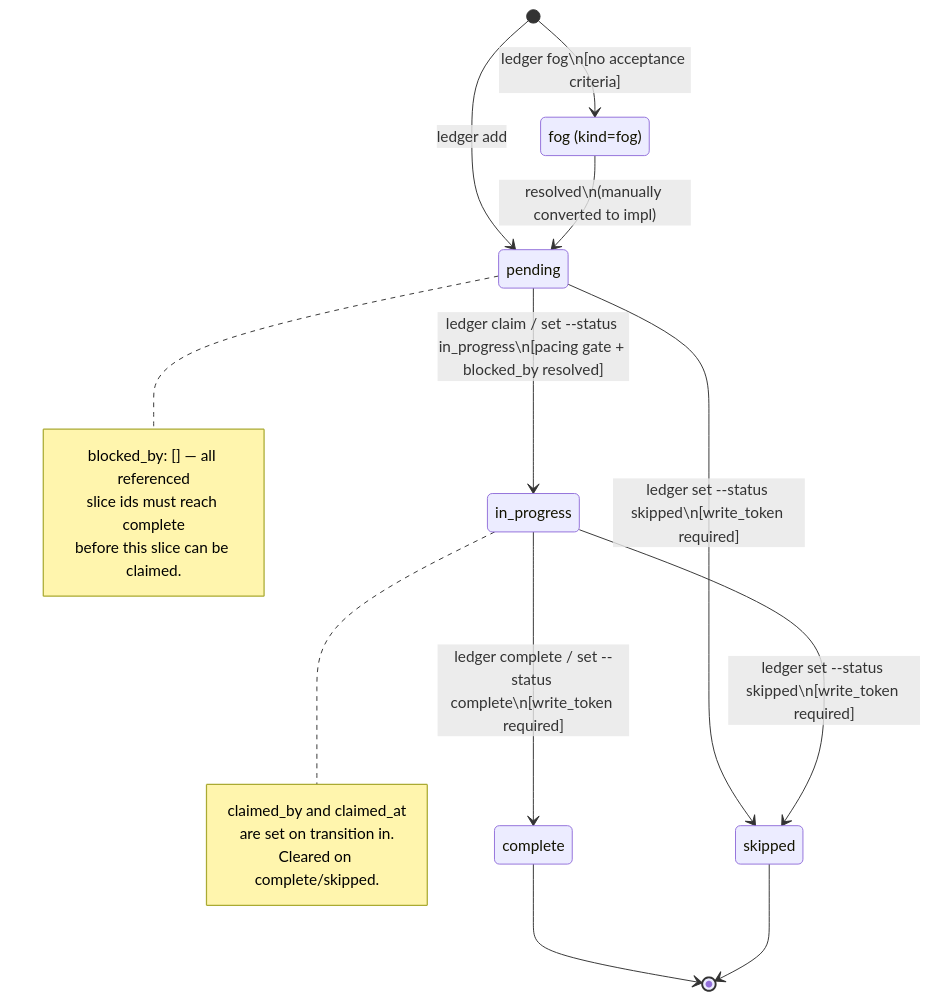
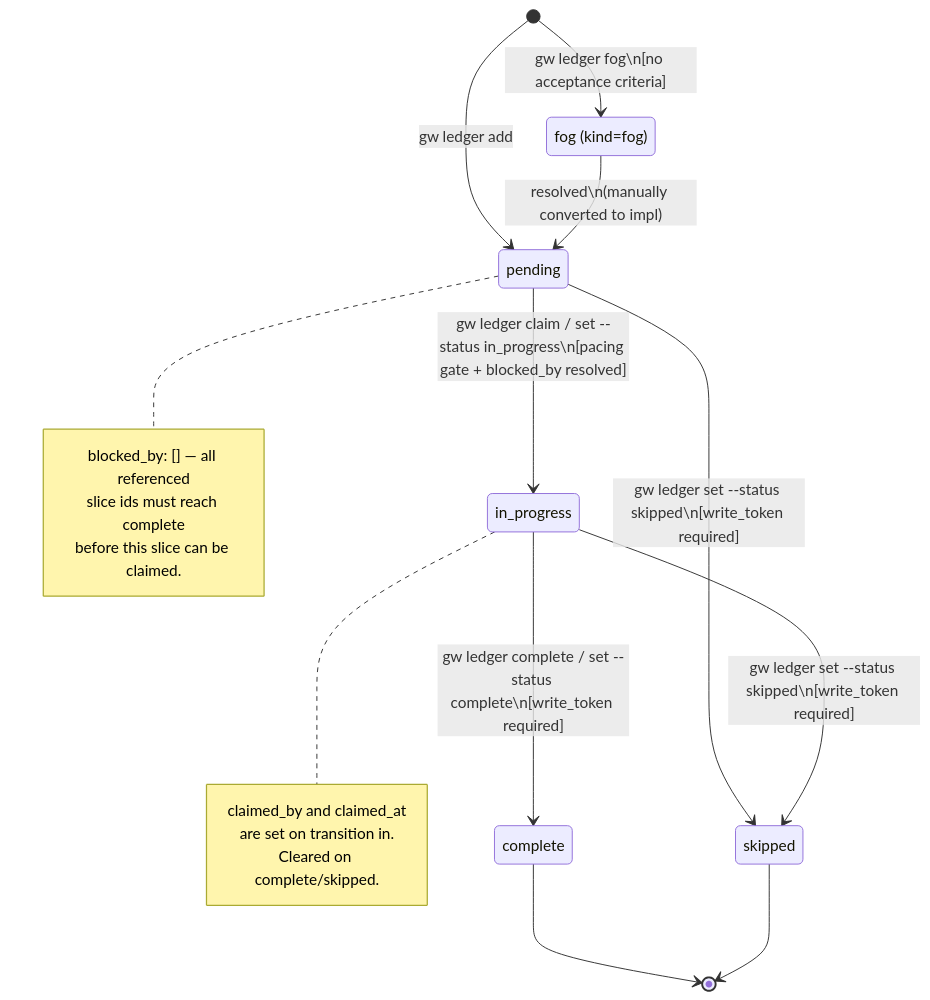
Before and after one commit to IniZio/groundwork: the diagram in doc/specs/orchestration/design/flows/slice-lifecycle.md, drawn with Mermaid. The commit also changed other lines of this file and 113 other files, not shown here.

````diff
--- a/doc/specs/orchestration/design/flows/slice-lifecycle.md
+++ b/doc/specs/orchestration/design/flows/slice-lifecycle.md
@@ -17,29 +17,29 @@
 ```mermaid
 stateDiagram-v2
-    [*] --> pending : ledger add
+    [*] --> pending : gw ledger add
 
-    pending --> in_progress : ledger claim / set --status in_progress\n[pacing gate + blocked_by resolved]
-    pending --> skipped : ledger set --status skipped\n[write_token required]
+    pending --> in_progress : gw ledger claim / set --status in_progress\n[pacing gate + blocked_by resolved]
+    pending --> skipped : gw ledger set --status skipped\n[write_token required]
 
-    in_progress --> complete : ledger complete / set --status complete\n[write_token required]
-    in_progress --> skipped : ledger set --status skipped\n[write_token required]
+    in_progress --> complete : gw ledger complete / set --status complete\n[write_token required]
+    in_progress --> skipped : gw ledger set --status skipped\n[write_token required]
 
     complete --> [*]
     skipped --> [*]
 
     state "fog (kind=fog)" as fog_state
-    [*] --> fog_state : ledger fog\n[no acceptance criteria]
+    [*] --> fog_state : gw ledger fog\n[no acceptance criteria]
     fog_state --> pending : resolved\n(manually converted to impl)
 
     note right of in_progress
         claimed_by and claimed_at
         are set on transition in.
         Cleared on complete/skipped.
     end note
 
     note right of pending
         blocked_by: [] — all referenced
         slice ids must reach complete
         before this slice can be claimed.
     end note
 ```
````
